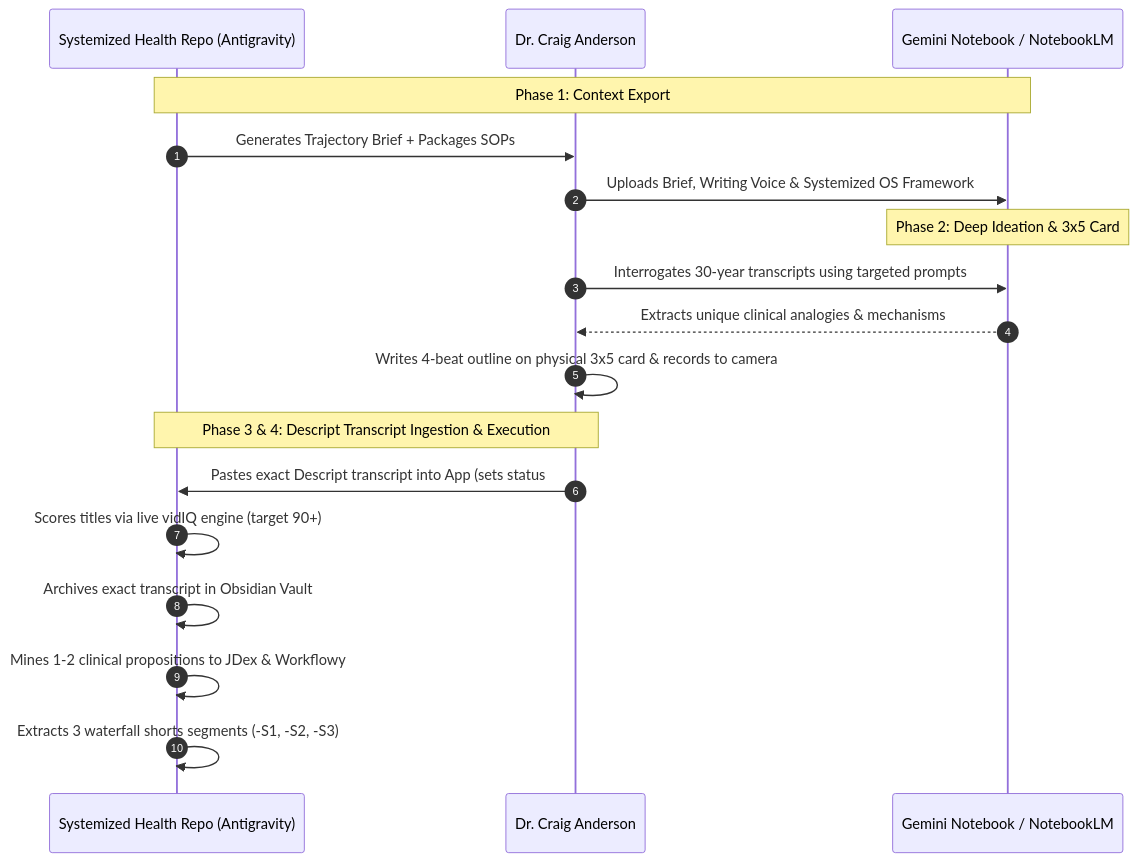
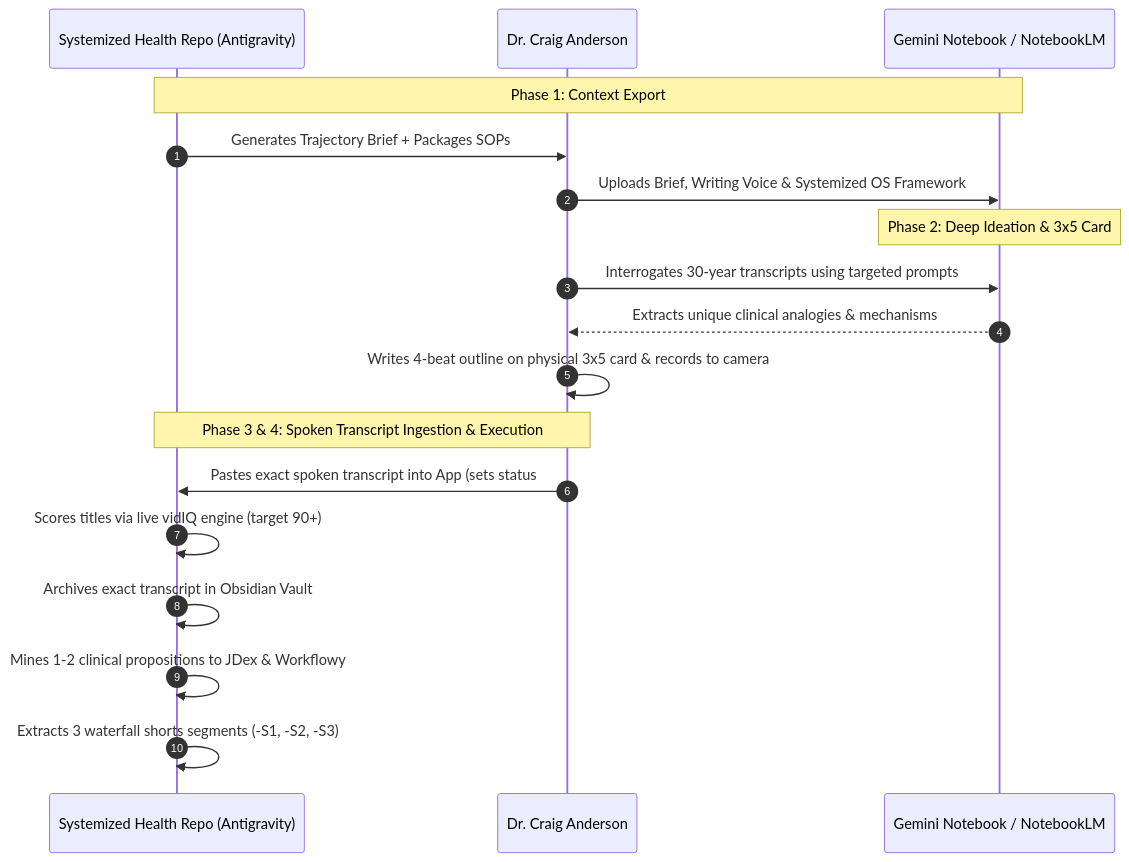
The diagram in SOPs/Gemini Notebook Topic Planning SOP.md (craigmart/SystemizedHealth), drawn with Mermaid before and after one commit. The commit also changed 13 other files, not shown here.

````diff
--- a/SOPs/Gemini Notebook Topic Planning SOP.md
+++ b/SOPs/Gemini Notebook Topic Planning SOP.md
@@ -18,23 +18,23 @@
 ```mermaid
 sequenceDiagram
     autonumber
     participant IDE as Systemized Health Repo (Antigravity)
     participant User as Dr. Craig Anderson
     participant GN as Gemini Notebook / NotebookLM
 
     Note over IDE,GN: Phase 1: Context Export
     IDE->>User: Generates Trajectory Brief + Packages SOPs
     User->>GN: Uploads Brief, Writing Voice & Systemized OS Framework
 
     Note over GN: Phase 2: Deep Ideation & 3x5 Card
     User->>GN: Interrogates 30-year transcripts using targeted prompts
     GN-->>User: Extracts unique clinical analogies & mechanisms
     User->>User: Writes 4-beat outline on physical 3x5 card & records to camera
 
-    Note over User,IDE: Phase 3 & 4: Descript Transcript Ingestion & Execution
-    User->>IDE: Pastes exact Descript transcript into App (sets status #edit)
+    Note over User,IDE: Phase 3 & 4: Spoken Transcript Ingestion & Execution
+    User->>IDE: Pastes exact spoken transcript into App (sets status #edit)
     IDE->>IDE: Scores titles via live vidIQ engine (target 90+)
     IDE->>IDE: Archives exact transcript in Obsidian Vault
     IDE->>IDE: Mines 1-2 clinical propositions to JDex & Workflowy
     IDE->>IDE: Extracts 3 waterfall shorts segments (-S1, -S2, -S3)
 ```
````
